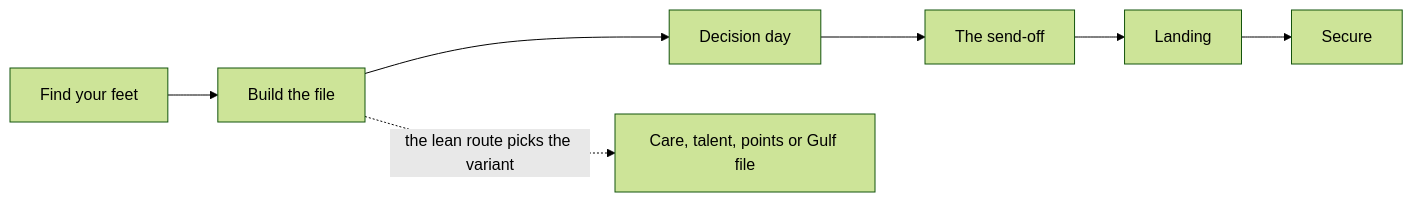
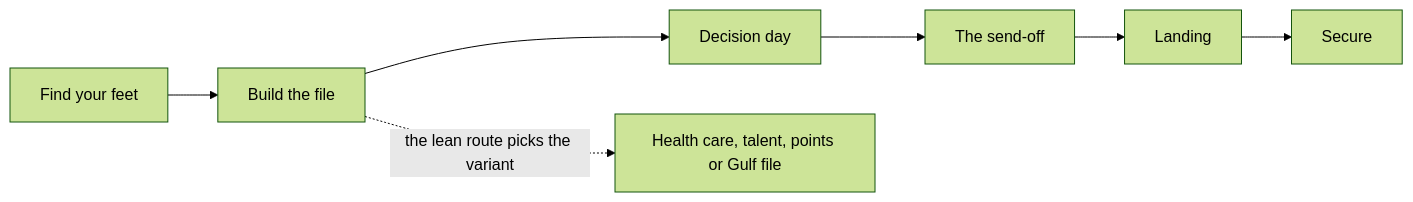
The second of 2 diagrams in docs/site/plays/papers.md (buildlab-studio/japacity), drawn with Mermaid (forest theme) before and after one commit. The commit also changed other lines of this file and 53 other files, not shown here.

Commit message:
The UK route on the ward is named health care in the game, its pages and the site

````diff
--- a/docs/site/plays/papers.md
+++ b/docs/site/plays/papers.md
@@ -91,9 +91,9 @@
 ```mermaid
 flowchart LR
   C1["Find your feet"] --> C2["Build the file"]
   C2 --> C3["Decision day"]
   C3 --> C4["The send-off"]
   C4 --> C5["Landing"]
   C5 --> C6["Secure"]
-  C2 -.->|"the lean route picks the variant"| V["Care, talent, points or Gulf file"]
+  C2 -.->|"the lean route picks the variant"| V["Health care, talent, points or Gulf file"]
 ```
````
